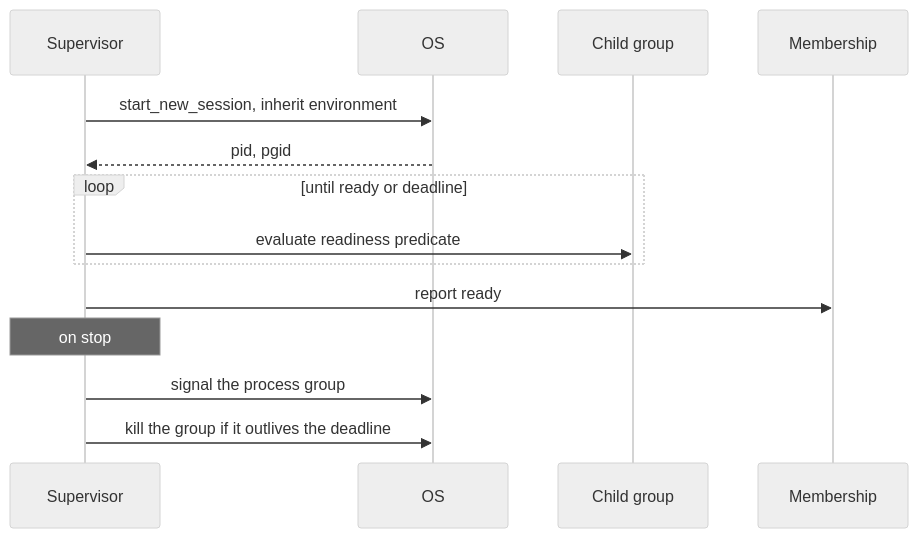
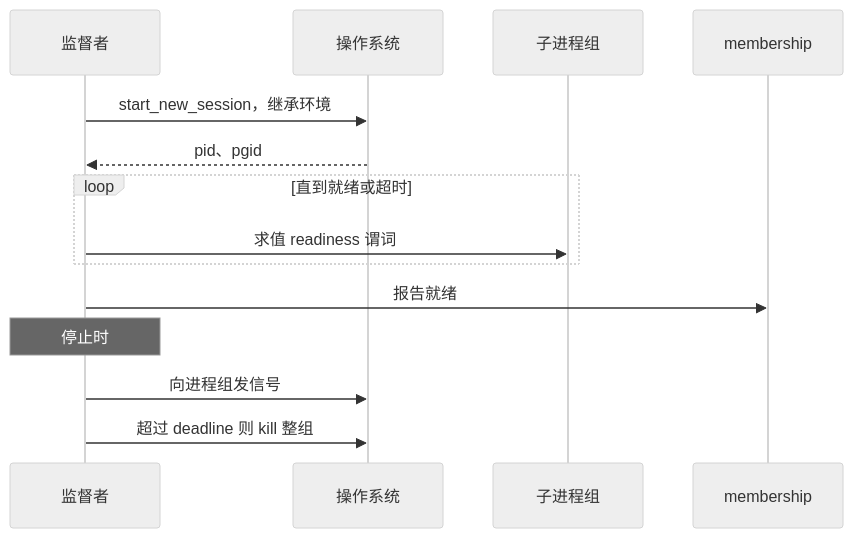
One commit to HSPK/tinyray changed the second of 2 diagrams in docs/03-modules/08-supervision.md. Above: the diagram before and after it, drawn with Mermaid (neutral theme). The commit also changed other lines of this file and 33 other files, not shown here.

````diff
--- a/docs/03-modules/08-supervision.md
+++ b/docs/03-modules/08-supervision.md
@@ -82,17 +79,17 @@
 ```mermaid
 sequenceDiagram
-    participant S as Supervisor
-    participant O as OS
-    participant C as Child group
-    participant M as Membership
+    participant S as 监督者
+    participant O as 操作系统
+    participant C as 子进程组
+    participant M as membership
 
-    S->>O: start_new_session, inherit environment
-    O-->>S: pid, pgid
-    loop until ready or deadline
-        S->>C: evaluate readiness predicate
+    S->>O: start_new_session，继承环境
+    O-->>S: pid、pgid
+    loop 直到就绪或超时
+        S->>C: 求值 readiness 谓词
     end
-    S->>M: report ready
-    Note over S: on stop
-    S->>O: signal the process group
-    S->>O: kill the group if it outlives the deadline
+    S->>M: 报告就绪
+    Note over S: 停止时
+    S->>O: 向进程组发信号
+    S->>O: 超过 deadline 则 kill 整组
 ```
````
